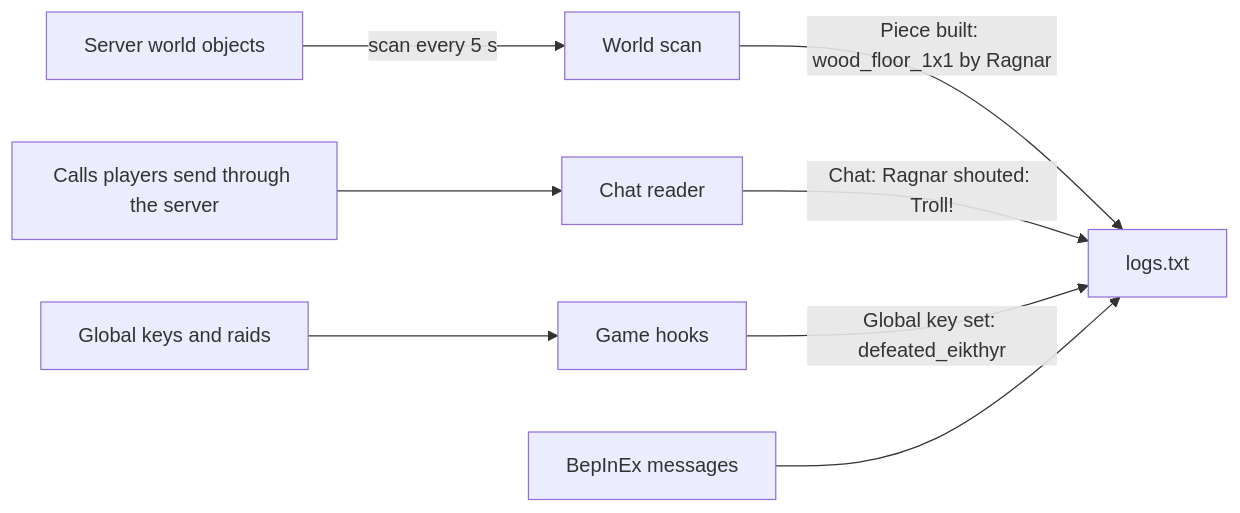
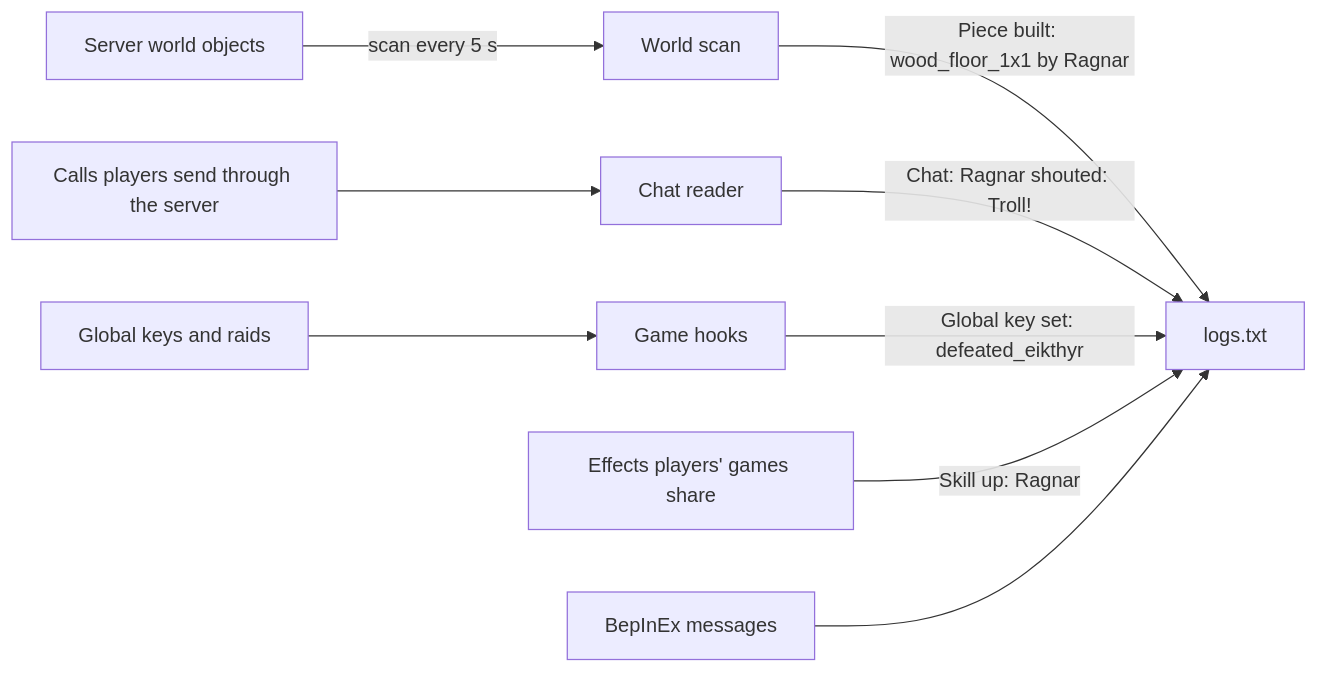
Diagram 13 of 18 in docs/architecture.md (cristiadu/valheim-dashboard), drawn with Mermaid before and after one commit. The commit also changed other lines of this file and 20 other files, not shown here.

Commit message:
Log items made or upgraded, skill-ups, trades, crafting visits, emotes, beds, portals and wards (#79)

````diff
--- a/docs/architecture.md
+++ b/docs/architecture.md
@@ -271,10 +271,11 @@
 ```mermaid
 flowchart LR
   world[Server world objects] -->|scan every 5 s| scan[World scan]
   calls[Calls players send through the server] --> rpc[Chat reader]
   keys[Global keys and raids] --> hooks[Game hooks]
   scan -->|"Piece built: wood_floor_1x1 by Ragnar"| log[logs.txt]
   rpc -->|"Chat: Ragnar shouted: Troll!"| log
   hooks -->|"Global key set: defeated_eikthyr"| log
+  fx[Effects players' games share] -->|"Skill up: Ragnar"| log
   bep[BepInEx messages] --> log
 ```
````
